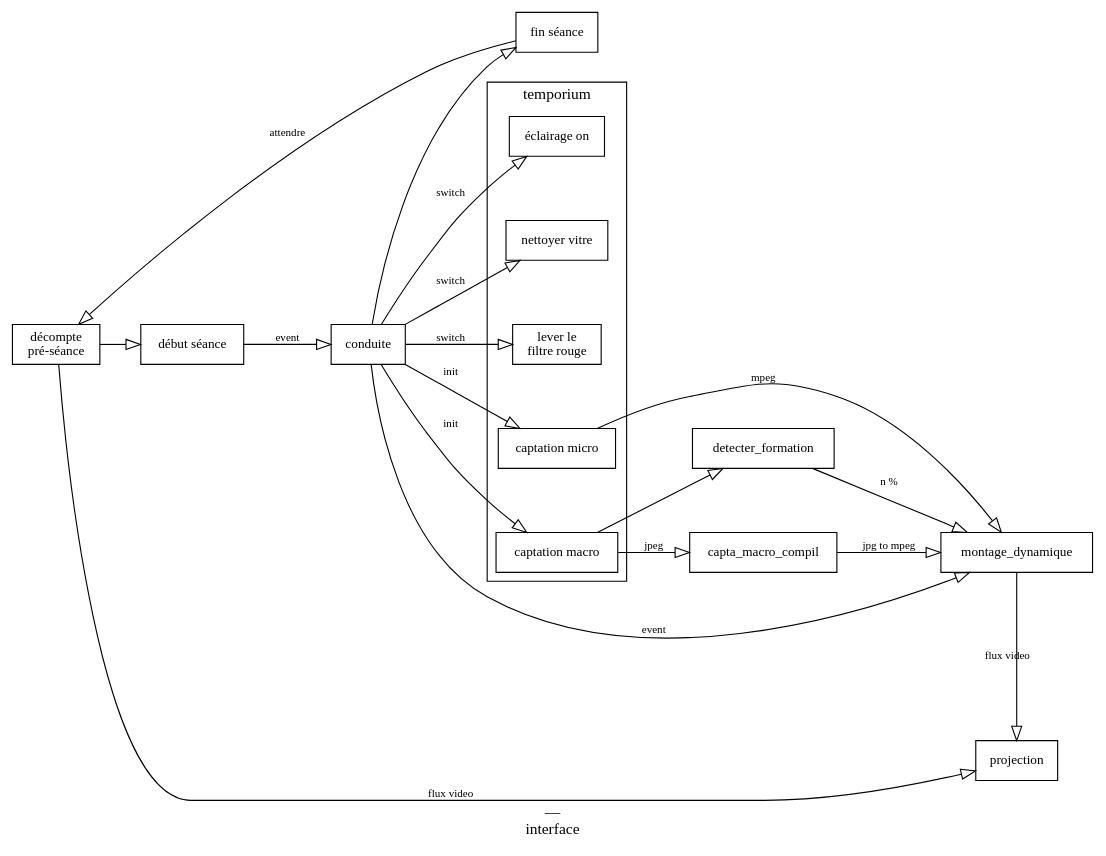
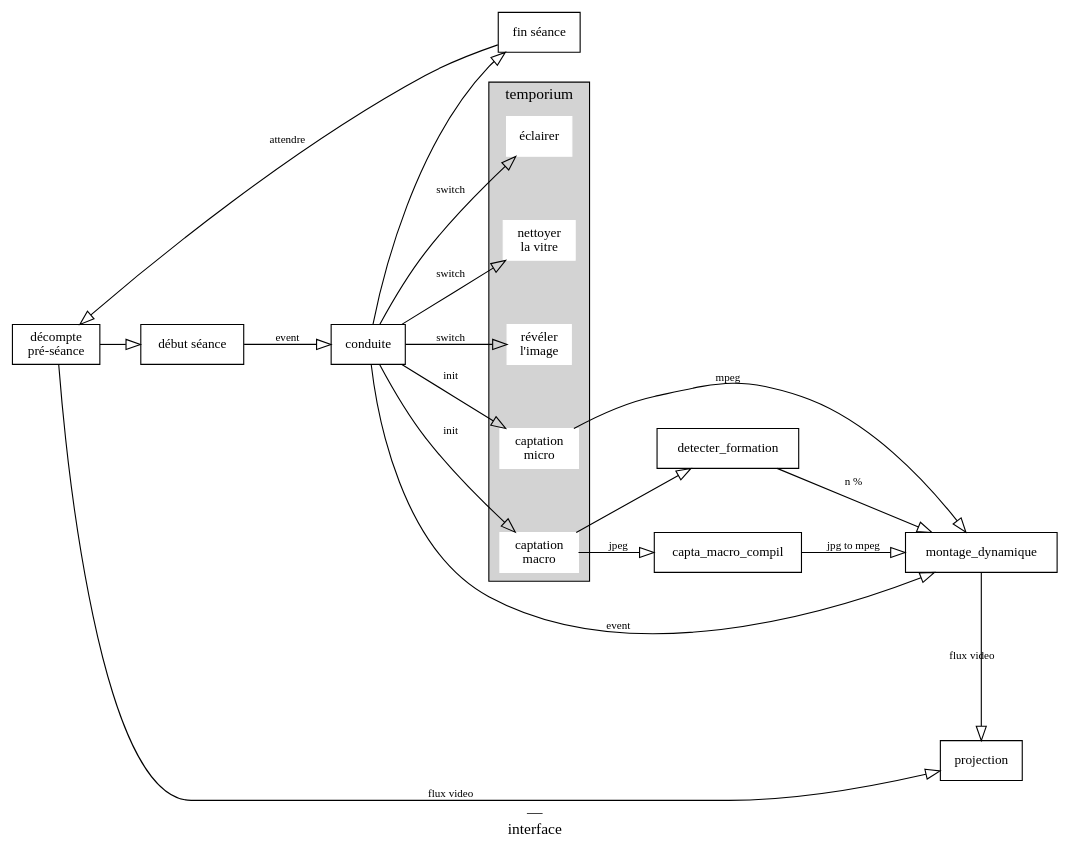
The diagram in doc/interface.dot (dcfvg/temporium), drawn with Graphviz before and after one commit.

```diff
--- a/doc/interface.dot
+++ b/doc/interface.dot
@@ -1,62 +1,63 @@
 digraph {
   label="—\ninterface"
   
   rankdir="LR"
   nodesep = .8
   
   fontsize=14
   fontname="monaco"
   
   node[fontsize=12, fontname="monaco", shape=box]
   edge[fontsize=10, fontname="monaco", arrowhead=empty, arrowsize=1.3]
   
 
   
   subgraph cluster_tempo {
     
     label="temporium"
+    style="filled"
     
+    node[style="filled", color=white]
     tempo_eclairage
     tempo_nettoyage
     tempo_devoiler
     capta_micro
     capta_macro
-    
   }
   
   seance_end      [label="fin séance"]
   seance_decompte [label="décompte\npré-séance"]
   seance_start    [label="début séance"]
   
-  capta_micro[label="captation micro"]
-  capta_macro[label="captation macro"]
+  capta_micro[label="captation\nmicro"]
+  capta_macro[label="captation\nmacro"]
   
-  tempo_eclairage [label="éclairage on"]
-  tempo_nettoyage [label="nettoyer vitre"]
-  tempo_devoiler  [label="lever le\nfiltre rouge"]
+  tempo_eclairage [label="éclairer"]
+  tempo_nettoyage [label="nettoyer\nla vitre"]
+  tempo_devoiler  [label="révéler\nl'image"]
   
   
   conduite -> {tempo_eclairage, tempo_nettoyage, tempo_devoiler}  [label=" switch"]
   conduite -> seance_end
   conduite -> {capta_macro, capta_micro} [label=" init"]
   detecter_formation -> montage_dynamique [label=" n %"] 
   
   seance_end -> seance_decompte [label=" attendre"]
   seance_start -> conduite  -> montage_dynamique [label=" event"]
   seance_decompte -> seance_start
   
   
   capta_micro -> montage_dynamique   [label=" mpeg"]
   capta_macro -> capta_macro_compil [label=" jpeg"]
   capta_macro_compil -> montage_dynamique [label=" jpg to mpeg"]
   capta_macro -> detecter_formation
   
   {montage_dynamique,seance_decompte} -> projection [label="flux video"]
   
   {
     rank="same"
     montage_dynamique
     projection
   }
   
 }
```
